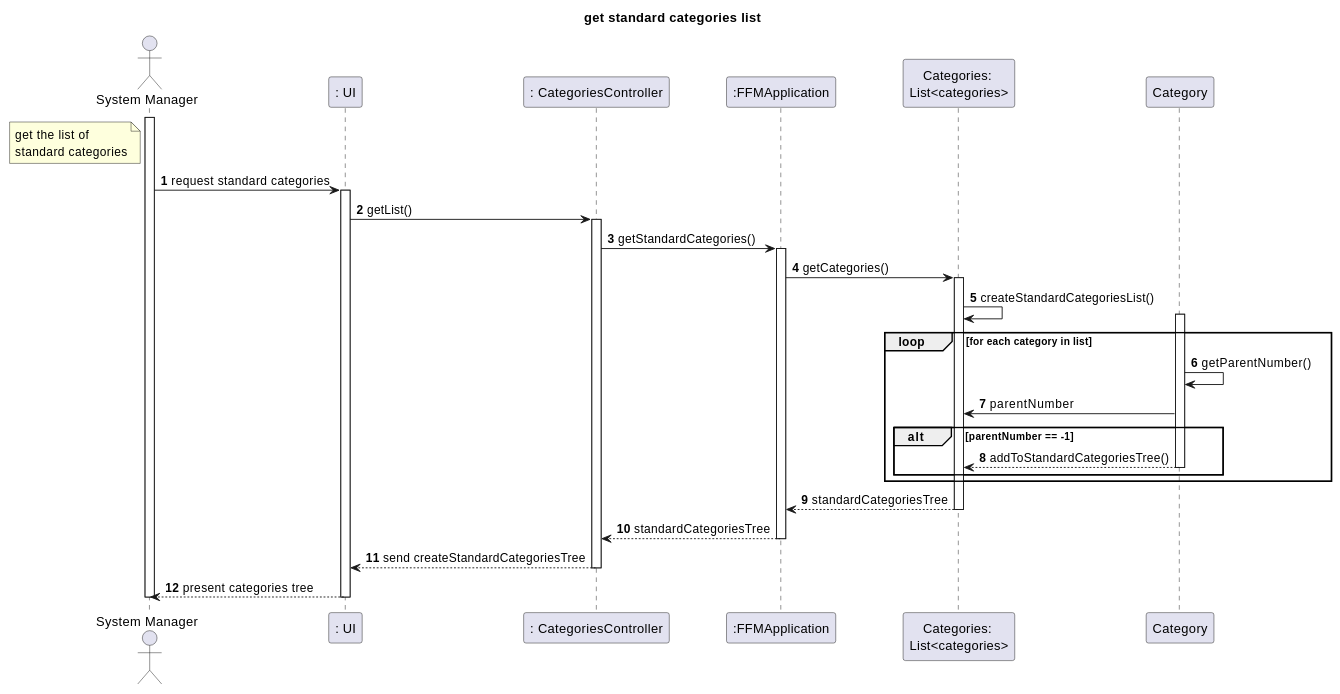
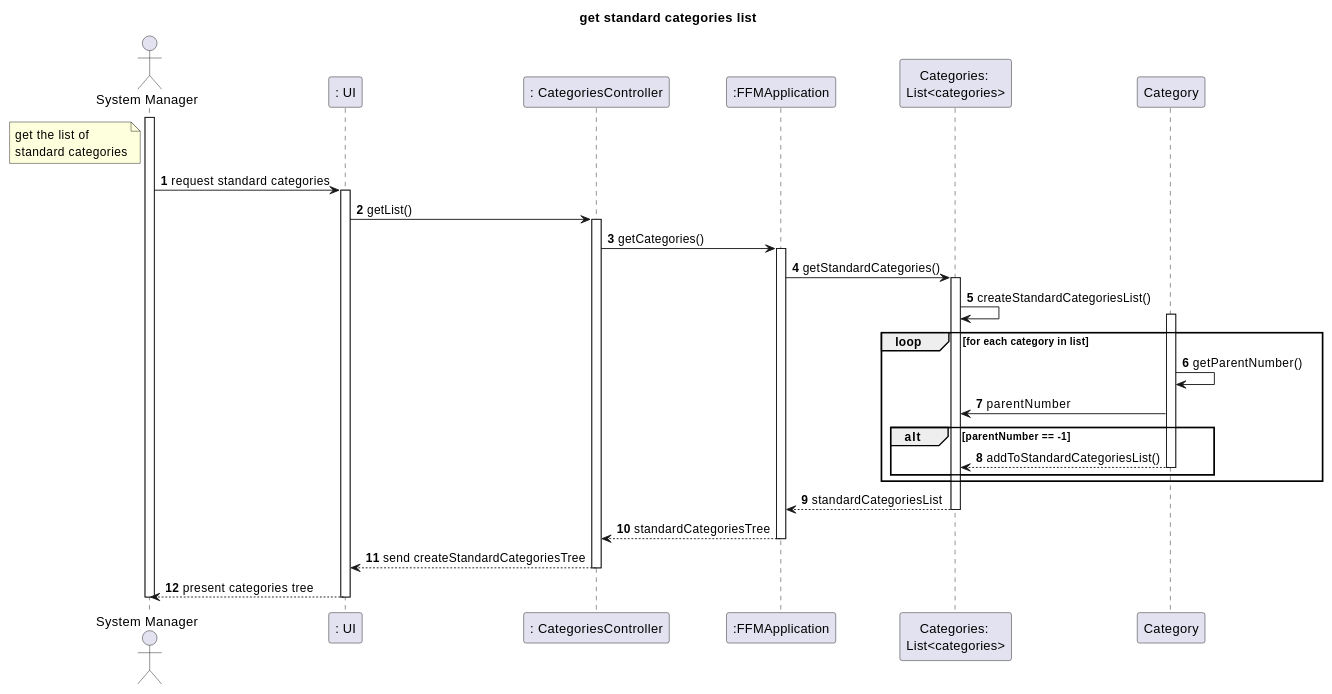
Before and after one commit to tomas-osswald/switch_2020_g3: the first of 2 diagrams in docs/US002 Get Standard Categories.md, drawn with PlantUML. The commit also changed other lines of this file and 3 other files, not shown here.

`````diff
--- a/docs/US002 Get Standard Categories.md
+++ b/docs/US002 Get Standard Categories.md
@@ -32,41 +32,41 @@
 ````puml
 autonumber
 title get standard categories list
 actor "System Manager" as systemManager
 participant ": UI" as ui
 participant ": CategoriesController" as controller
 participant ":FFMApplication" as app
 participant "Categories: \nList<categories>" as list
 participant "Category" as category
 
 note left of systemManager:  get the list of \nstandard categories
 activate systemManager
 systemManager -> ui : request standard categories
 activate ui
 ui -> controller : getList()
 activate controller
-controller -> app : getStandardCategories()
+controller -> app : getCategories()
 activate app
-app -> list : getCategories()
+app -> list : getStandardCategories()
 activate list
 list -> list : createStandardCategoriesList()
 loop for each category in list
 activate category
          category -> category: getParentNumber()
          category -> list : parentNumber
          alt parentNumber == -1
-         category --> list : addToStandardCategoriesTree()
+         category --> list : addToStandardCategoriesList()
          deactivate category
         end
        end
-list --> app : standardCategoriesTree
+list --> app : standardCategoriesList
 deactivate list
 app --> controller : standardCategoriesTree
 deactivate app
 controller --> ui :send createStandardCategoriesTree
 deactivate controller
 ui --> systemManager : present categories tree
 deactivate ui
 deactivate systemManager
 @enduml
 ````
`````
